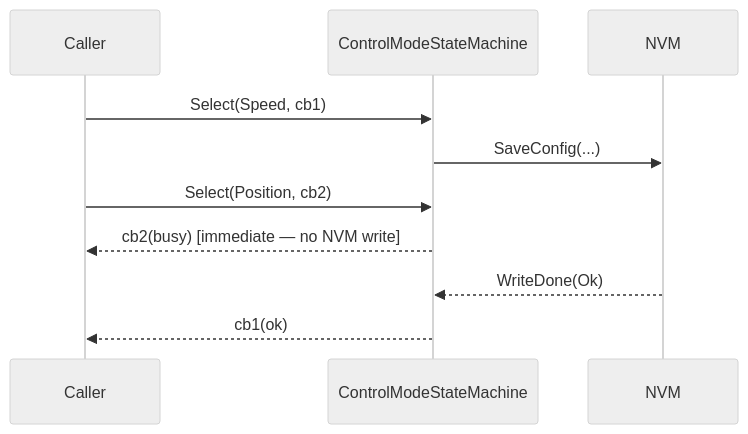
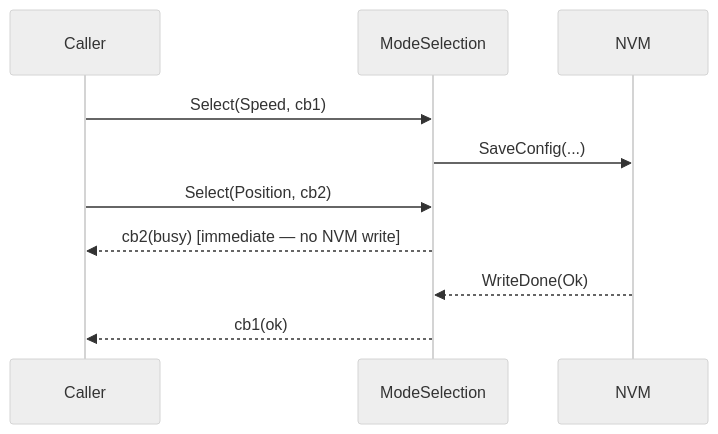
The tenth of 12 diagrams in documentation/design/state-machine.md (embedded-pro/e-foc), drawn with Mermaid (neutral theme) before and after one commit. The commit also changed other lines of this file and 33 other files, not shown here.

First line of the commit message:
refactor(state_machine): split ControlModeStateMachine by concern

````diff
--- a/documentation/design/state-machine.md
+++ b/documentation/design/state-machine.md
@@ -1001,13 +1016,13 @@
 ```mermaid
 sequenceDiagram
     participant Caller
-    participant CSM as ControlModeStateMachine
+    participant CSM as ModeSelection
     participant NVM
 
     Caller->>CSM: Select(Speed, cb1)
     CSM->>NVM: SaveConfig(...)
     Caller->>CSM: Select(Position, cb2)
     CSM-->>Caller: cb2(busy)  [immediate — no NVM write]
     NVM-->>CSM: WriteDone(Ok)
     CSM-->>Caller: cb1(ok)
 ```
````
